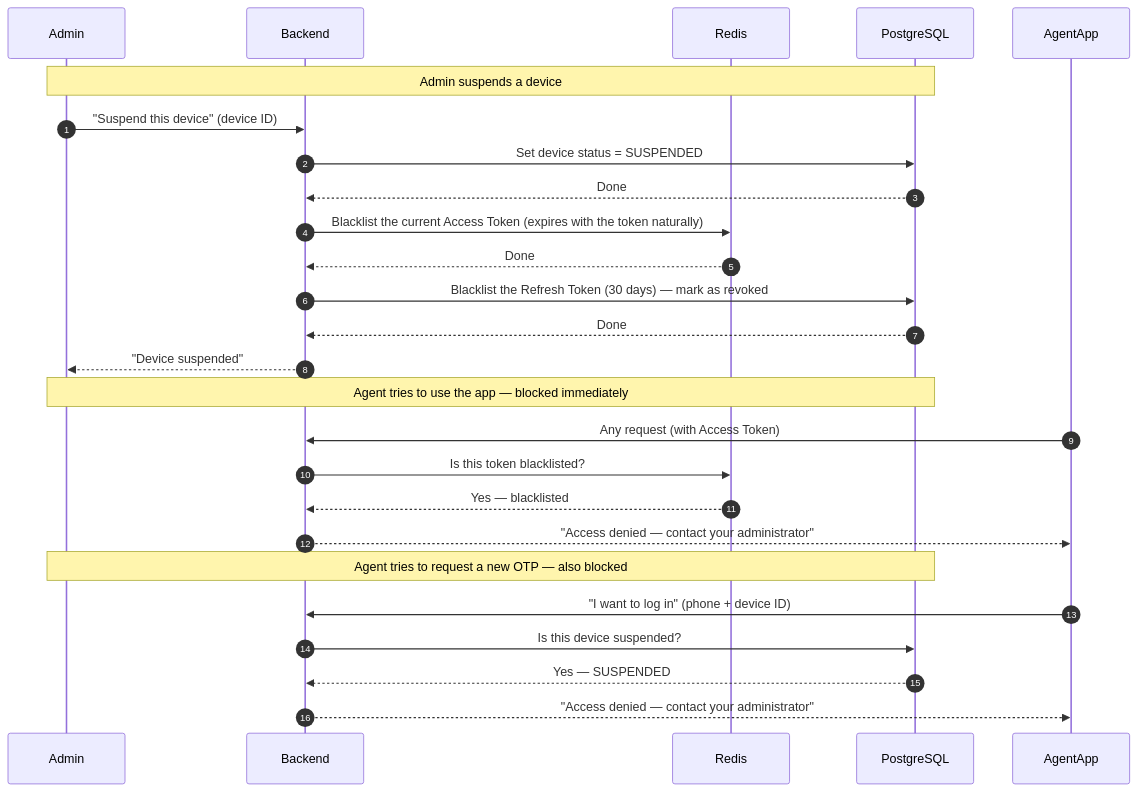
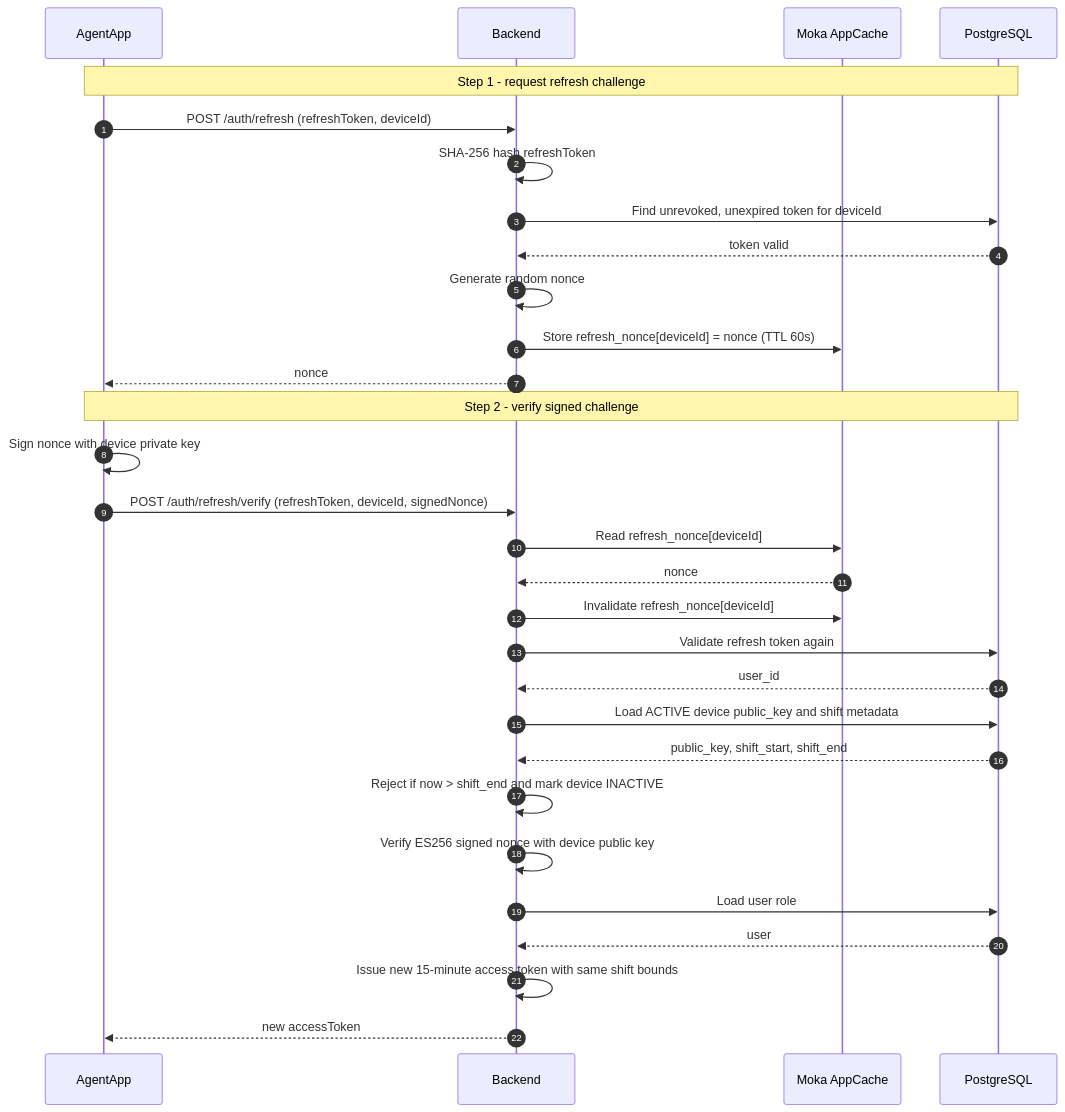
The fourth of 6 diagrams in docs/daily_opertational_login_flow.md (skyengpro/iviss), drawn with Mermaid before and after one commit. The commit also changed other lines of this file and 13 other files, not shown here.

````diff
--- a/docs/daily_opertational_login_flow.md
+++ b/docs/daily_opertational_login_flow.md
@@ -153,33 +214,36 @@
 ```mermaid
 sequenceDiagram
     autonumber
-    participant Admin
+    participant AgentApp
     participant Backend
-    participant Redis
+    participant Moka as Moka AppCache
     participant PostgreSQL
 
-    note over Admin,PostgreSQL: Admin suspends a device
+    note over AgentApp,PostgreSQL: Step 1 - request refresh challenge
 
-    Admin->>Backend: "Suspend this device" (device ID)
-    Backend->>PostgreSQL: Set device status = SUSPENDED
-    PostgreSQL-->>Backend: Done
-    Backend->>Redis: Blacklist the current Access Token (expires with the token naturally)
-    Redis-->>Backend: Done
-    Backend->>PostgreSQL: Blacklist the Refresh Token (30 days) — mark as revoked
-    PostgreSQL-->>Backend: Done
-    Backend-->>Admin: "Device suspended"
+    AgentApp->>Backend: POST /auth/refresh (refreshToken, deviceId)
+    Backend->>Backend: SHA-256 hash refreshToken
+    Backend->>PostgreSQL: Find unrevoked, unexpired token for deviceId
+    PostgreSQL-->>Backend: token valid
+    Backend->>Backend: Generate random nonce
+    Backend->>Moka: Store refresh_nonce[deviceId] = nonce (TTL 60s)
+    Backend-->>AgentApp: nonce
 
-    note over Admin,PostgreSQL: Agent tries to use the app — blocked immediately
+    note over AgentApp,PostgreSQL: Step 2 - verify signed challenge
 
-    AgentApp->>Backend: Any request (with Access Token)
-    Backend->>Redis: Is this token blacklisted?
-    Redis-->>Backend: Yes — blacklisted
-    Backend-->>AgentApp: "Access denied — contact your administrator"
-
-    note over Admin,PostgreSQL: Agent tries to request a new OTP — also blocked
-
-    AgentApp->>Backend: "I want to log in" (phone + device ID)
-    Backend->>PostgreSQL: Is this device suspended?
-    PostgreSQL-->>Backend: Yes — SUSPENDED
-    Backend-->>AgentApp: "Access denied — contact your administrator"
+    AgentApp->>AgentApp: Sign nonce with device private key
+    AgentApp->>Backend: POST /auth/refresh/verify (refreshToken, deviceId, signedNonce)
+    Backend->>Moka: Read refresh_nonce[deviceId]
+    Moka-->>Backend: nonce
+    Backend->>Moka: Invalidate refresh_nonce[deviceId]
+    Backend->>PostgreSQL: Validate refresh token again
+    PostgreSQL-->>Backend: user_id
+    Backend->>PostgreSQL: Load ACTIVE device public_key and shift metadata
+    PostgreSQL-->>Backend: public_key, shift_start, shift_end
+    Backend->>Backend: Reject if now > shift_end and mark device INACTIVE
+    Backend->>Backend: Verify ES256 signed nonce with device public key
+    Backend->>PostgreSQL: Load user role
+    PostgreSQL-->>Backend: user
+    Backend->>Backend: Issue new 15-minute access token with same shift bounds
+    Backend-->>AgentApp: new accessToken
 ```
````
